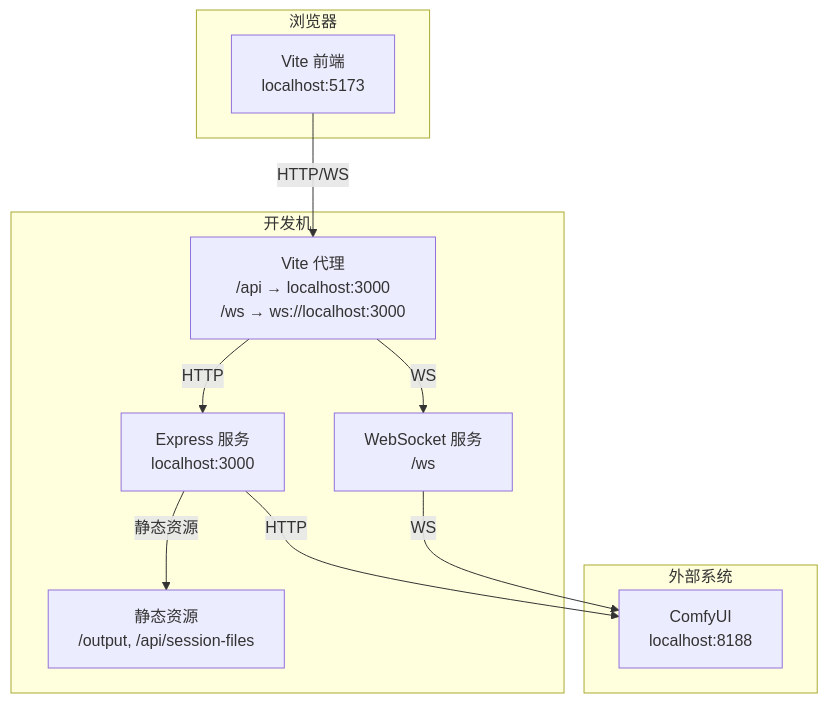
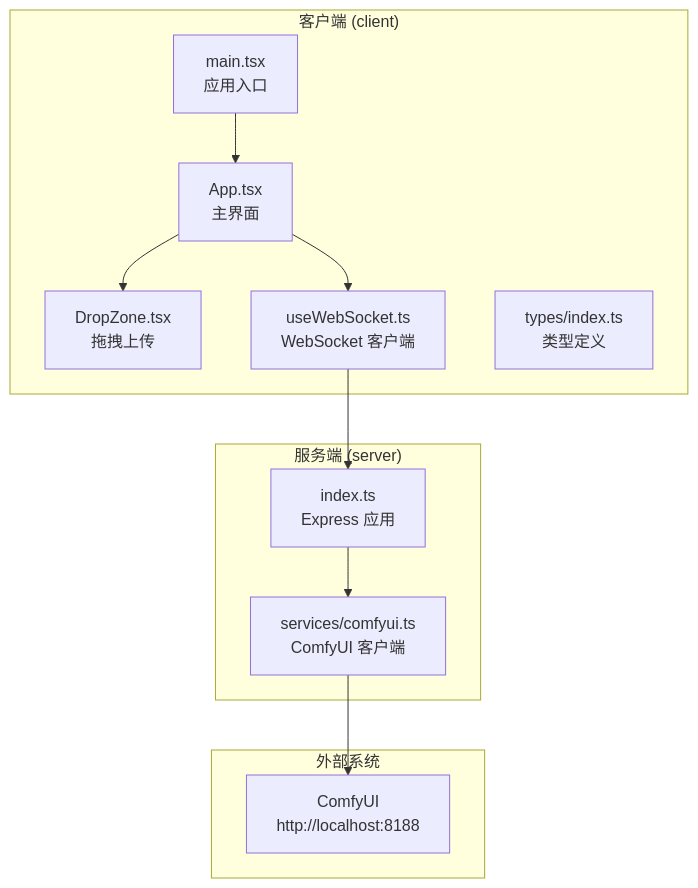
One commit to billye220670/CorineKit_Pix2Real changed the first of 5 diagrams in .qoder/repowiki/zh/content/快速开始.md. Above: the diagram before and after it, drawn with Mermaid. The commit also changed other lines of this file and 315 other files, not shown here.

````diff
--- a/.qoder/repowiki/zh/content/快速开始.md
+++ b/.qoder/repowiki/zh/content/快速开始.md
@@ -46,21 +47,23 @@
 ```mermaid
 graph TB
-subgraph "浏览器"
-FE["Vite 前端<br/>localhost:5173"]
+subgraph "客户端 (client)"
+FE_Main["main.tsx<br/>应用入口"]
+FE_App["App.tsx<br/>主界面"]
+FE_Drop["DropZone.tsx<br/>拖拽上传"]
+FE_WS["useWebSocket.ts<br/>WebSocket 客户端"]
+FE_Types["types/index.ts<br/>类型定义"]
 end
-subgraph "开发机"
-VITE["Vite 代理<br/>/api → localhost:3000<br/>/ws → ws://localhost:3000"]
-BE["Express 服务<br/>localhost:3000"]
-WSS["WebSocket 服务<br/>/ws"]
-SU["静态资源<br/>/output, /api/session-files"]
+subgraph "服务端 (server)"
+BE_Index["index.ts<br/>Express 应用"]
+BE_Comfy["services/comfyui.ts<br/>ComfyUI 客户端"]
 end
 subgraph "外部系统"
-CUI["ComfyUI<br/>localhost:8188"]
+ComfyUI["ComfyUI<br/>http://localhost:8188"]
 end
-FE --> |"HTTP/WS"| VITE
-VITE --> |"HTTP"| BE
-VITE --> |"WS"| WSS
-BE --> |"HTTP"| CUI
-WSS --> |"WS"| CUI
-BE --> |"静态资源"| SU
+FE_Main --> FE_App
+FE_App --> FE_Drop
+FE_App --> FE_WS
+FE_WS --> BE_Index
+BE_Index --> BE_Comfy
+BE_Comfy --> ComfyUI
 ```
````
